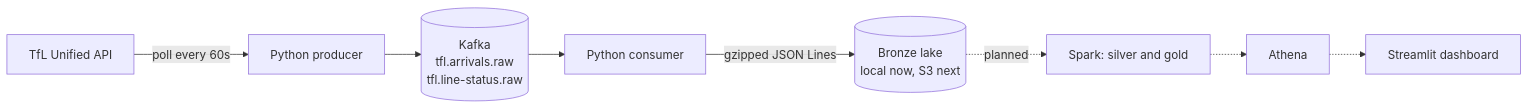
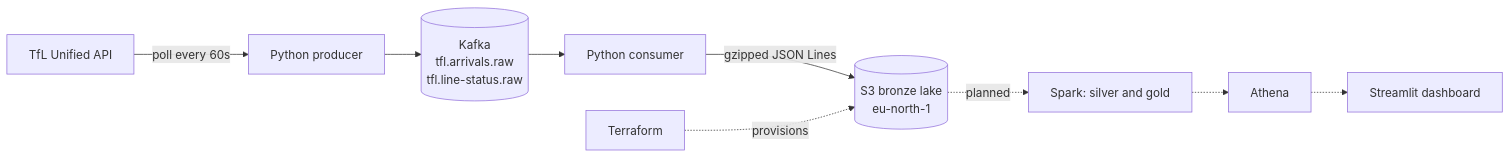
One commit to Muhammad234871/tfl-streaming-pipeline changed the diagram in README.md. Above: the diagram before and after it, drawn with Mermaid. The commit also changed other lines of this file, not shown here.

Commit message:
Update README for S3 data lake and Terraform

````diff
--- a/README.md
+++ b/README.md
@@ -14,10 +15,11 @@
 ```mermaid
 flowchart LR
     A[TfL Unified API] -->|poll every 60s| B[Python producer]
     B --> C[(Kafka<br/>tfl.arrivals.raw<br/>tfl.line-status.raw)]
     C --> D[Python consumer]
-    D -->|gzipped JSON Lines| E[(Bronze lake<br/>local now, S3 next)]
+    D -->|gzipped JSON Lines| E[(S3 bronze lake<br/>eu-north-1)]
+    T[Terraform] -.->|provisions| E
     E -.->|planned| F[Spark: silver and gold]
     F -.-> G[Athena]
     G -.-> H[Streamlit dashboard]
 ```
````
